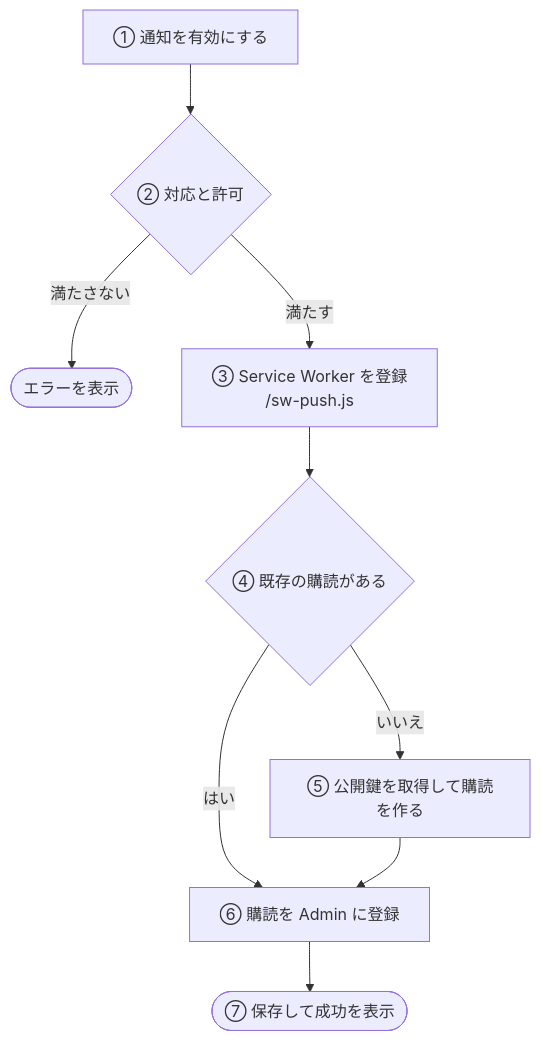
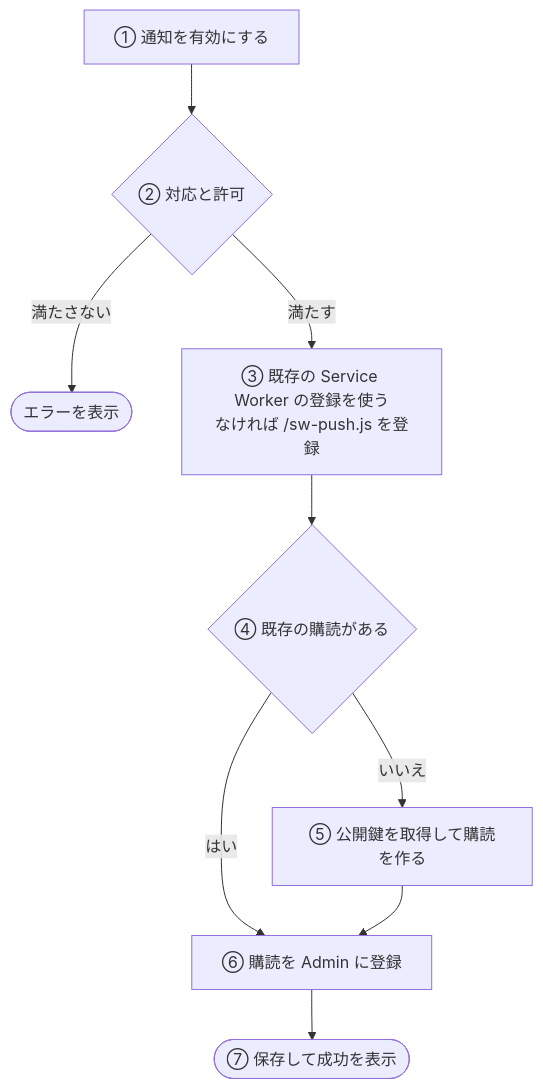
The first of 2 diagrams in docs/services/admin/specs/flow/push-subscription.md (nagiyu/nagiyu-platform), drawn with Mermaid before and after one commit. The commit also changed other lines of this file and 32 other files, not shown here.

````diff
--- a/docs/services/admin/specs/flow/push-subscription.md
+++ b/docs/services/admin/specs/flow/push-subscription.md
@@ -27,11 +27,11 @@
 ```mermaid
 flowchart TD
     A[① 通知を有効にする] --> B{② 対応と許可}
     B -->|満たさない| X([エラーを表示])
-    B -->|満たす| C[③ Service Worker を登録<br/>/sw-push.js]
+    B -->|満たす| C[③ 既存の Service Worker の登録を使う<br/>なければ /sw-push.js を登録]
     C --> D{④ 既存の購読がある}
     D -->|いいえ| E[⑤ 公開鍵を取得して購読を作る]
     D -->|はい| F[⑥ 購読を Admin に登録]
     E --> F
     F --> G([⑦ 保存して成功を表示])
 ```
````
